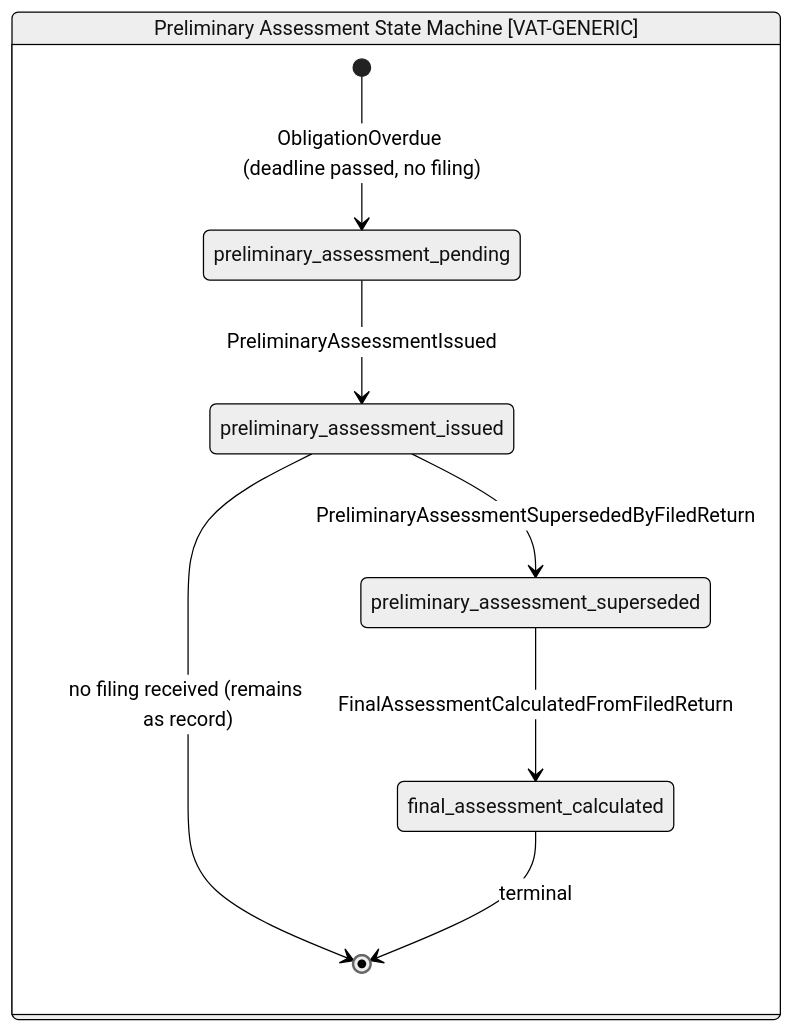
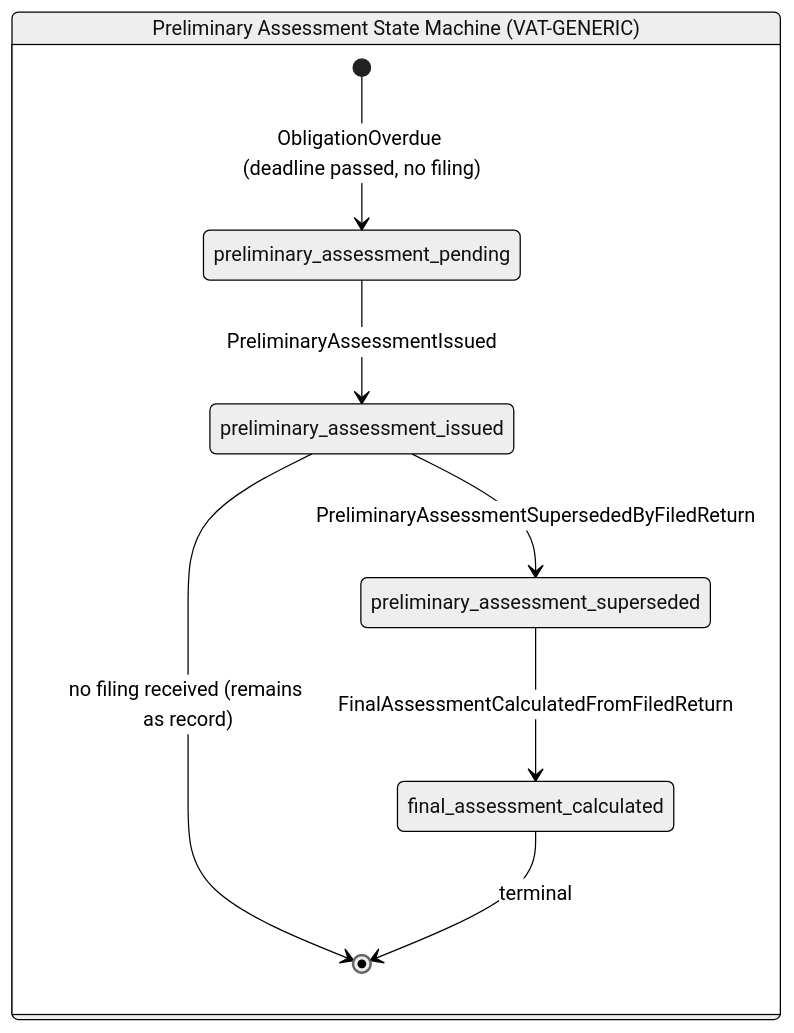
Before and after one commit to nc-tbi/VATRI-Codex: diagram 13 of 14 in design/01-vat-filing-assessment-solution-design.md, drawn with Mermaid (neutral theme). The commit also changed other lines of this file and 14 other files, not shown here.

Commit message:
Harden Mermaid and rebuild formal drawio architecture diagrams

````diff
--- a/design/01-vat-filing-assessment-solution-design.md
+++ b/design/01-vat-filing-assessment-solution-design.md
@@ -527,11 +533,11 @@
 ```mermaid
 stateDiagram-v2
-    state "Preliminary Assessment State Machine [VAT-GENERIC]" as PSM {
+    state "Preliminary Assessment State Machine (VAT-GENERIC)" as PSM {
         [*] --> preliminary_assessment_pending : ObligationOverdue (deadline passed, no filing)
         preliminary_assessment_pending --> preliminary_assessment_issued : PreliminaryAssessmentIssued
         preliminary_assessment_issued --> preliminary_assessment_superseded : PreliminaryAssessmentSupersededByFiledReturn
         preliminary_assessment_superseded --> final_assessment_calculated : FinalAssessmentCalculatedFromFiledReturn
         preliminary_assessment_issued --> [*] : no filing received (remains as record)
         final_assessment_calculated --> [*] : terminal
     }
 ```
````
